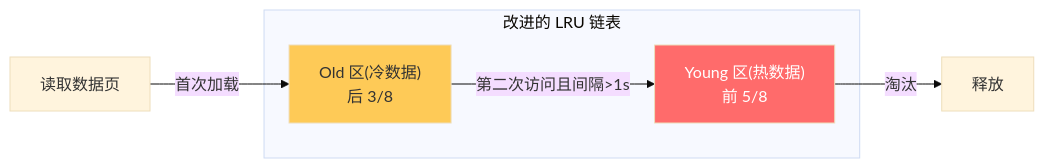
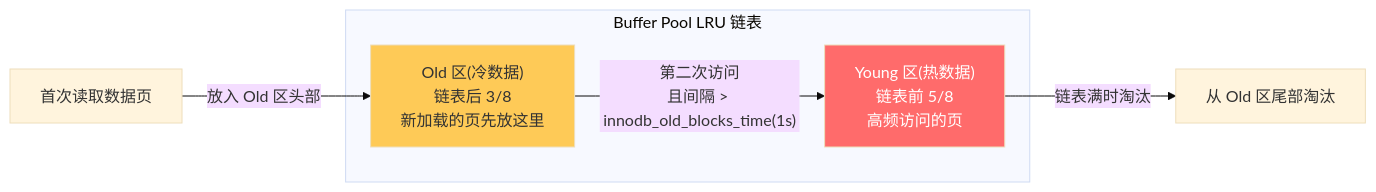
Diagram 22 of 34 in document/strengthen/性能调优面试总结_增强版.md (qigao0787-ops/gq-test), drawn with Mermaid (base theme) before and after one commit. The commit also changed other lines of this file, not shown here.

````diff
--- a/document/strengthen/性能调优面试总结_增强版.md
+++ b/document/strengthen/性能调优面试总结_增强版.md
@@ -589,14 +1440,14 @@
 ```mermaid
 flowchart LR
-    subgraph LRU["改进的 LRU 链表"]
-        Young["Young 区(热数据)<br/>前 5/8"]
-        Old["Old 区(冷数据)<br/>后 3/8"]
+    subgraph LRU["Buffer Pool LRU 链表"]
+        Young["Young 区(热数据)<br/>链表前 5/8<br/>高频访问的页"]
+        Old["Old 区(冷数据)<br/>链表后 3/8<br/>新加载的页先放这里"]
     end
 
-    READ["读取数据页"] -->|首次加载| Old
-    Old -->|第二次访问且间隔>1s| Young
-    Young -->|淘汰| EVICT["释放"]
+    READ["首次读取数据页"] -->|"放入 Old 区头部"| Old
+    Old -->|"第二次访问<br/>且间隔 > innodb_old_blocks_time(1s)"| Young
+    Young -->|"链表满时淘汰"| EVICT["从 Old 区尾部淘汰"]
 
     style Young fill:#ff6b6b,color:#fff
     style Old fill:#feca57
 ```
````
